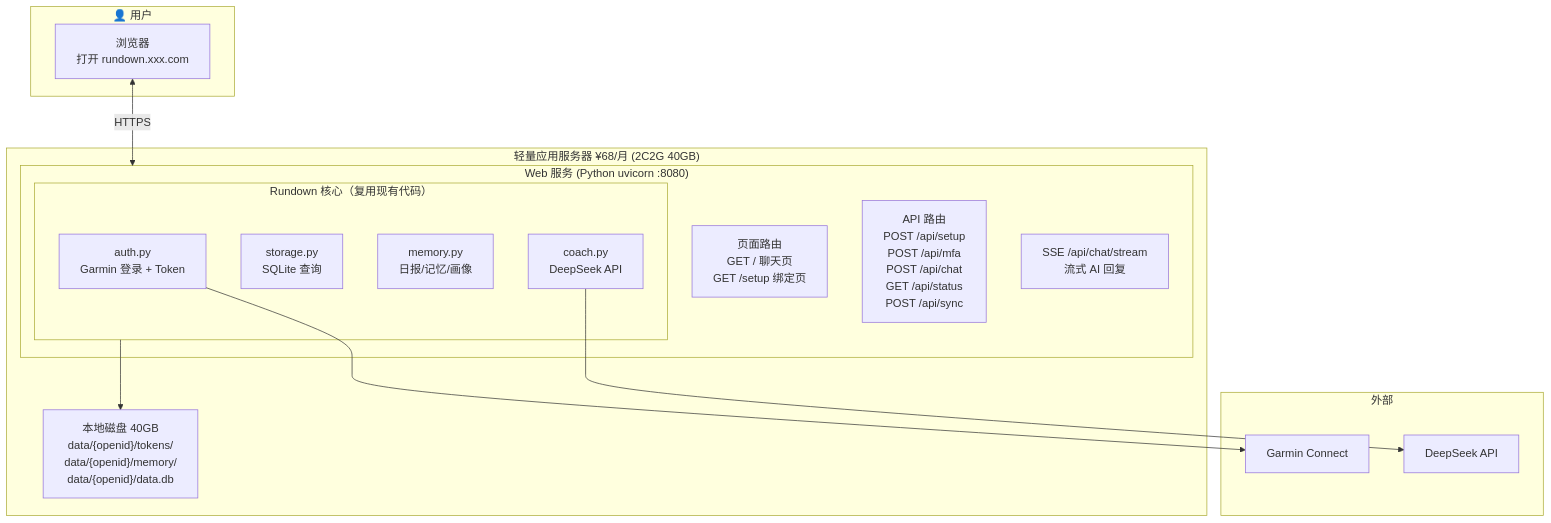
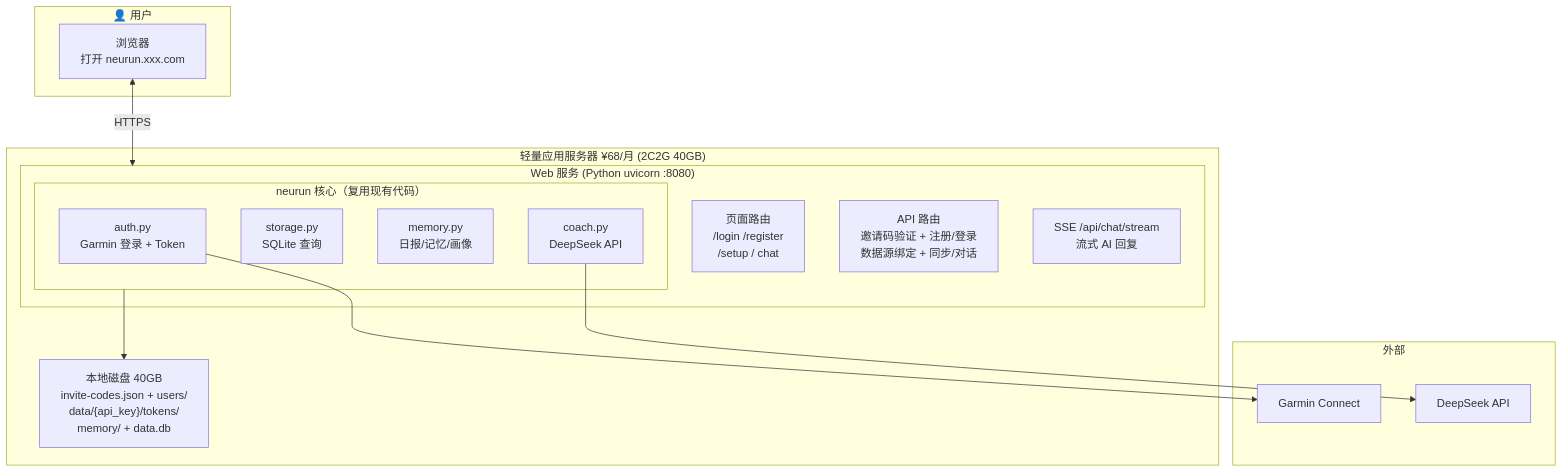
One commit to qd1993102/rundown changed the first of 2 diagrams in docs/design/13-sae-deployment.md. Above: the diagram before and after it, drawn with Mermaid. The commit also changed other lines of this file and 65 other files, not shown here.

````diff
--- a/docs/design/13-sae-deployment.md
+++ b/docs/design/13-sae-deployment.md
@@ -18,32 +19,32 @@
 ```mermaid
 graph TB
     subgraph USER["👤 用户"]
-        BROWSER["浏览器<br/>打开 rundown.xxx.com"]
+        BROWSER["浏览器<br/>打开 neurun.xxx.com"]
     end
 
     subgraph VPS["轻量应用服务器 ¥68/月 (2C2G 40GB)"]
         subgraph WEB["Web 服务 (Python uvicorn :8080)"]
-            PAGES["页面路由<br/>GET / 聊天页<br/>GET /setup 绑定页"]
-            API["API 路由<br/>POST /api/setup<br/>POST /api/mfa<br/>POST /api/chat<br/>GET /api/status<br/>POST /api/sync"]
+            PAGES["页面路由<br/>/login /register<br/>/setup / chat"]
+            API["API 路由<br/>邀请码验证 + 注册/登录<br/>数据源绑定 + 同步/对话"]
             SSE["SSE /api/chat/stream<br/>流式 AI 回复"]
 
-            subgraph CORE["Rundown 核心（复用现有代码）"]
+            subgraph CORE["neurun 核心（复用现有代码）"]
                 AUTH["auth.py<br/>Garmin 登录 + Token"]
                 STORAGE["storage.py<br/>SQLite 查询"]
                 MEMORY["memory.py<br/>日报/记忆/画像"]
                 COACH["coach.py<br/>DeepSeek API"]
             end
         end
-        DISK["本地磁盘 40GB<br/>data/{openid}/tokens/<br/>data/{openid}/memory/<br/>data/{openid}/data.db"]
+        DISK["本地磁盘 40GB<br/>invite-codes.json + users/<br/>data/{api_key}/tokens/<br/>memory/ + data.db"]
     end
 
     subgraph EXTERNAL["外部"]
         GARMIN["Garmin Connect"]
         DEEPSEEK["DeepSeek API"]
     end
 
     BROWSER <-->|"HTTPS"| WEB
     AUTH --> GARMIN
     COACH --> DEEPSEEK
     CORE --> DISK
 ```
````
